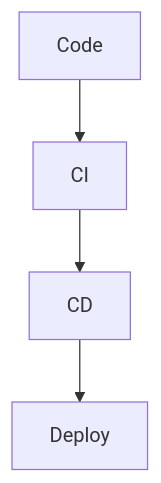
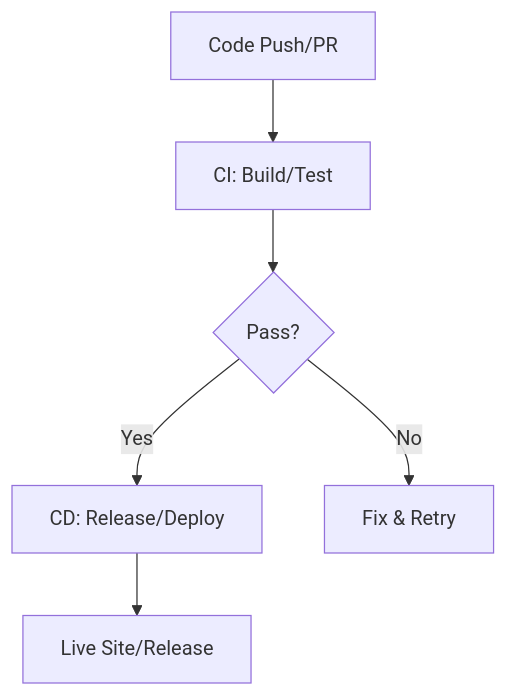
Before and after one commit to JonasCruzMartinez/devops-workshop-vitepress: the diagram in docs/theory/cicd.md, drawn with Mermaid. The commit also changed other lines of this file and 15 other files, not shown here.

````diff
--- a/docs/theory/cicd.md
+++ b/docs/theory/cicd.md
@@ -10,6 +11,8 @@
 ```mermaid
-graph TD;
-    A[Code] --> B[CI];
-    B --> C[CD];
-    C --> D[Deploy];
+graph TD
+  A[Code Push/PR] --> B[CI: Build/Test]
+  B --> C{Pass?}
+  C -->|Yes| D[CD: Release/Deploy]
+  C -->|No| E[Fix & Retry]
+  D --> F[Live Site/Release]
 ```
````
